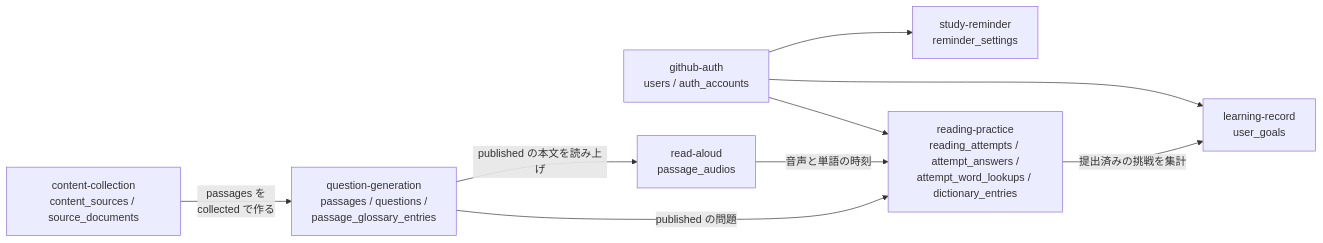
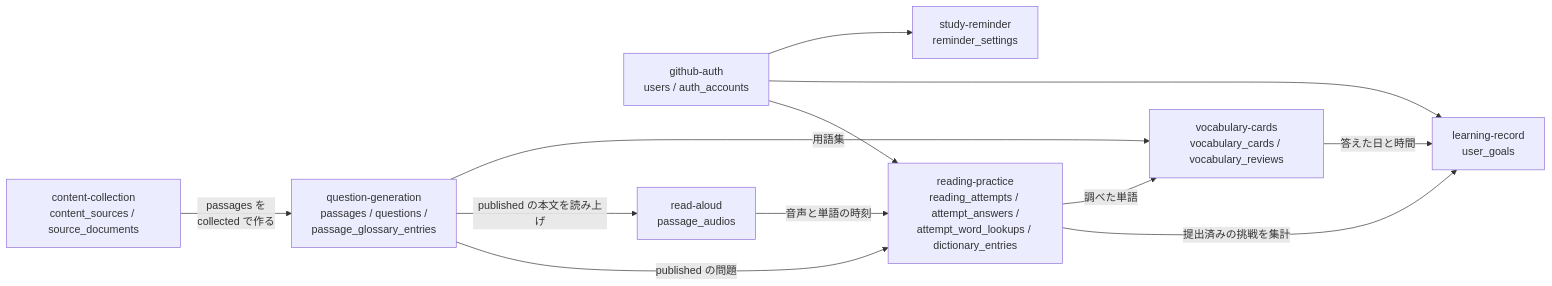
One commit to kentakki416/tech-english changed the first of 5 diagrams in docs/spec/product-overview/README.md. Above: the diagram before and after it, drawn with Mermaid. The commit also changed other lines of this file and 12 other files, not shown here.

First line of the commit message:
docs: 単語帳（vocabulary-cards）の設計書を追加する

````diff
--- a/docs/spec/product-overview/README.md
+++ b/docs/spec/product-overview/README.md
@@ -138,19 +139,23 @@
 ```mermaid
 flowchart LR
     auth["github-auth<br/>users / auth_accounts"]
     collect["content-collection<br/>content_sources / source_documents"]
     gen["question-generation<br/>passages / questions /<br/>passage_glossary_entries"]
     practice["reading-practice<br/>reading_attempts / attempt_answers /<br/>attempt_word_lookups / dictionary_entries"]
     record["learning-record<br/>user_goals"]
     remind["study-reminder<br/>reminder_settings"]
     aloud["read-aloud<br/>passage_audios"]
+    vocab["vocabulary-cards<br/>vocabulary_cards / vocabulary_reviews"]
 
     collect -->|"passages を<br/>collected で作る"| gen
     gen -->|"published の問題"| practice
     auth --> practice
     practice -->|"提出済みの挑戦を集計"| record
     auth --> record
     auth --> remind
     gen -->|"published の本文を読み上げ"| aloud
     aloud -->|"音声と単語の時刻"| practice
+    practice -->|"調べた単語"| vocab
+    gen -->|"用語集"| vocab
+    vocab -->|"答えた日と時間"| record
 ```
````
